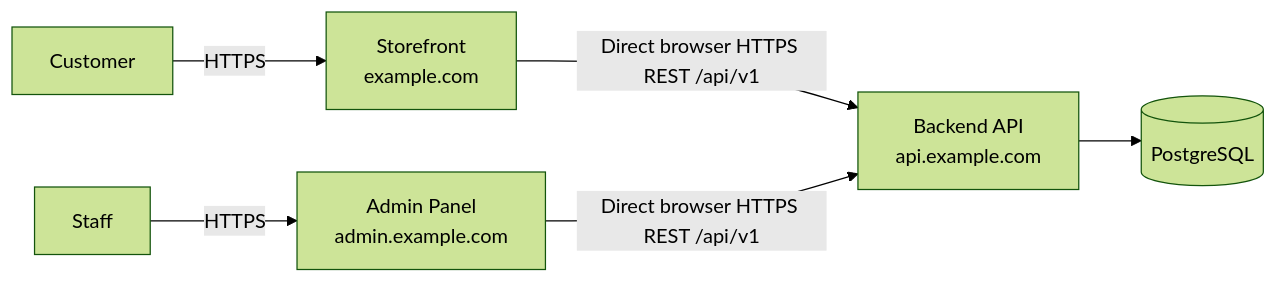
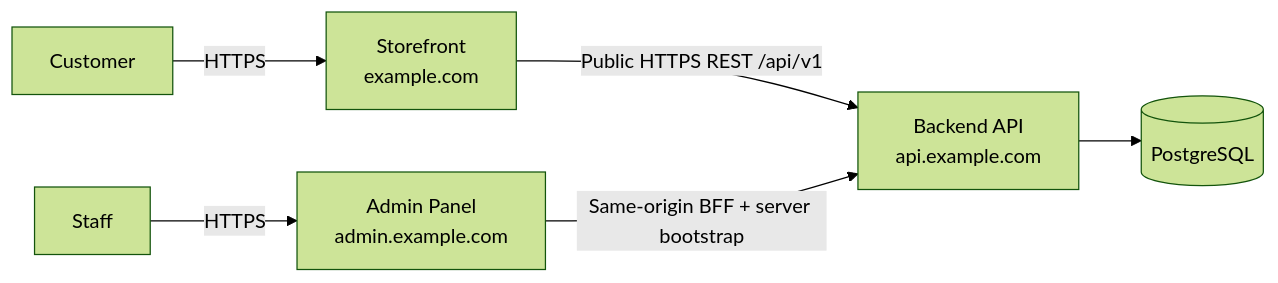
The diagram in docs/architecture/system-architecture.md (mahdihasanpour2022/ai-ecommerce), drawn with Mermaid (forest theme) before and after one commit. The commit also changed other lines of this file and 124 other files, not shown here.

````diff
--- a/docs/architecture/system-architecture.md
+++ b/docs/architecture/system-architecture.md
@@ -15,8 +15,8 @@
 ```mermaid
 flowchart LR
   Customer -->|HTTPS| Storefront[Storefront\nexample.com]
   Staff -->|HTTPS| Admin[Admin Panel\nadmin.example.com]
-  Storefront -->|Direct browser HTTPS REST /api/v1| API[Backend API\napi.example.com]
-  Admin -->|Direct browser HTTPS REST /api/v1| API
+  Storefront -->|Public HTTPS REST /api/v1| API[Backend API\napi.example.com]
+  Admin -->|Same-origin BFF + server bootstrap| API
   API --> PostgreSQL[(PostgreSQL)]
 ```
````
